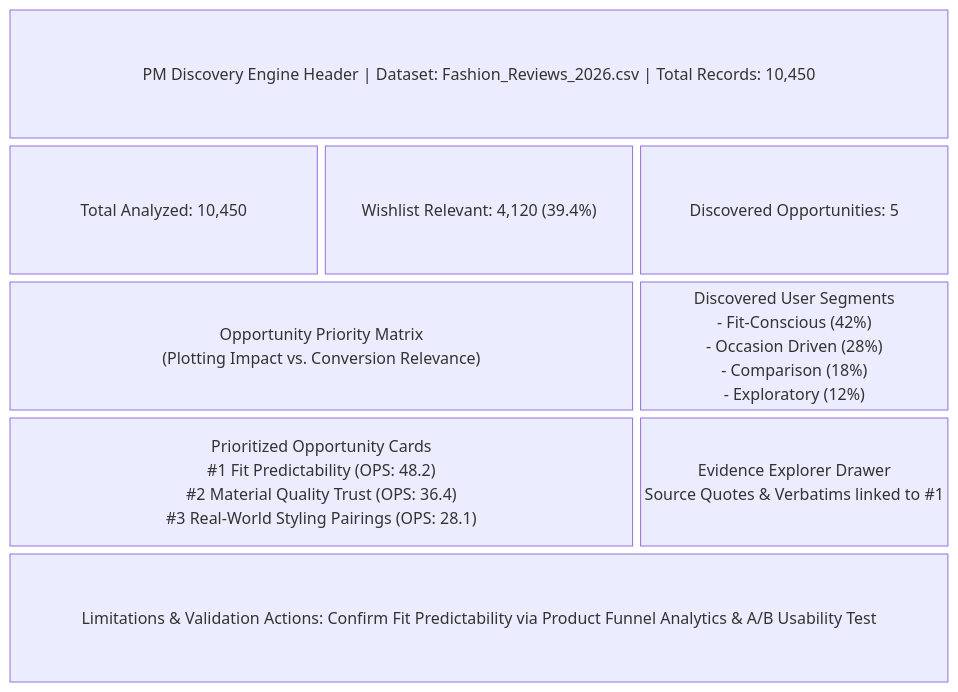
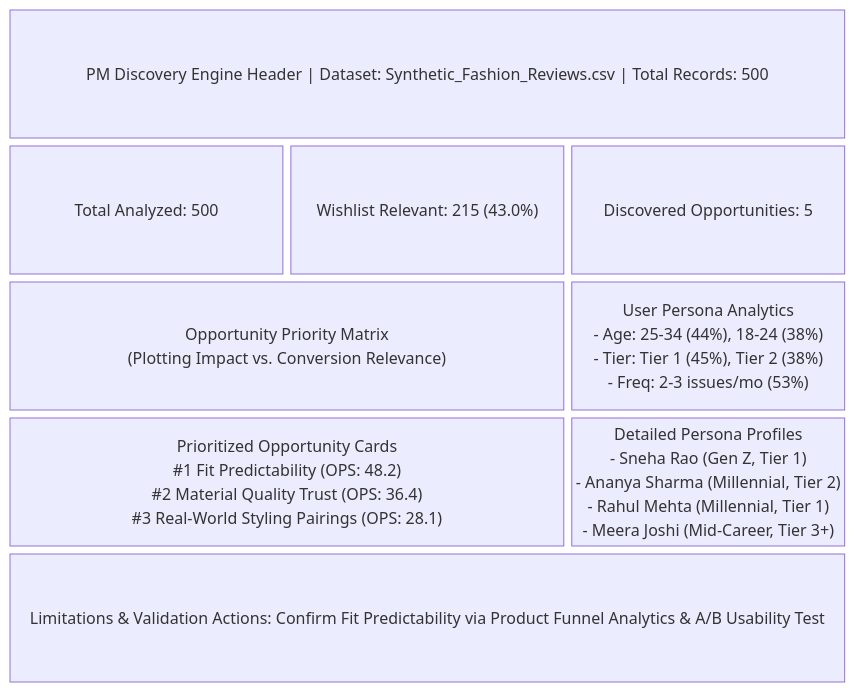
One commit to Teja-Nimushakavi/AI-Powered-Discovery-Engine changed the seventh of 7 diagrams in architecture.md. Above: the diagram before and after it, drawn with Mermaid. The commit also changed other lines of this file and 20 other files, not shown here.

````diff
--- a/architecture.md
+++ b/architecture.md
@@ -335,12 +387,12 @@
 ```mermaid
 block-beta
 columns 3
-    Header["PM Discovery Engine Header | Dataset: Fashion_Reviews_2026.csv | Total Records: 10,450"]:3
-    KPI1["Total Analyzed: 10,450"] KPI2["Wishlist Relevant: 4,120 (39.4%)"] KPI3["Discovered Opportunities: 5"]
+    Header["PM Discovery Engine Header | Dataset: Synthetic_Fashion_Reviews.csv | Total Records: 500"]:3
+    KPI1["Total Analyzed: 500"] KPI2["Wishlist Relevant: 215 (43.0%)"] KPI3["Discovered Opportunities: 5"]
     
-    Matrix["Opportunity Priority Matrix\n(Plotting Impact vs. Conversion Relevance)"]:2 Segments["Discovered User Segments\n- Fit-Conscious (42%)\n- Occasion Driven (28%)\n- Comparison (18%)\n- Exploratory (12%)"]:1
+    Matrix["Opportunity Priority Matrix\n(Plotting Impact vs. Conversion Relevance)"]:2 Demographics["User Persona Analytics\n- Age: 25-34 (44%), 18-24 (38%)\n- Tier: Tier 1 (45%), Tier 2 (38%)\n- Freq: 2-3 issues/mo (53%)"]:1
     
-    OppList["Prioritized Opportunity Cards\n#1 Fit Predictability (OPS: 48.2)\n#2 Material Quality Trust (OPS: 36.4)\n#3 Real-World Styling Pairings (OPS: 28.1)"]:2 Details["Evidence Explorer Drawer\nSource Quotes & Verbatims linked to #1"]:1
+    OppList["Prioritized Opportunity Cards\n#1 Fit Predictability (OPS: 48.2)\n#2 Material Quality Trust (OPS: 36.4)\n#3 Real-World Styling Pairings (OPS: 28.1)"]:2 Personas["Detailed Persona Profiles\n- Sneha Rao (Gen Z, Tier 1)\n- Ananya Sharma (Millennial, Tier 2)\n- Rahul Mehta (Millennial, Tier 1)\n- Meera Joshi (Mid-Career, Tier 3+)"]:1
     
     Footer["Limitations & Validation Actions: Confirm Fit Predictability via Product Funnel Analytics & A/B Usability Test"]:3
 ```
````
